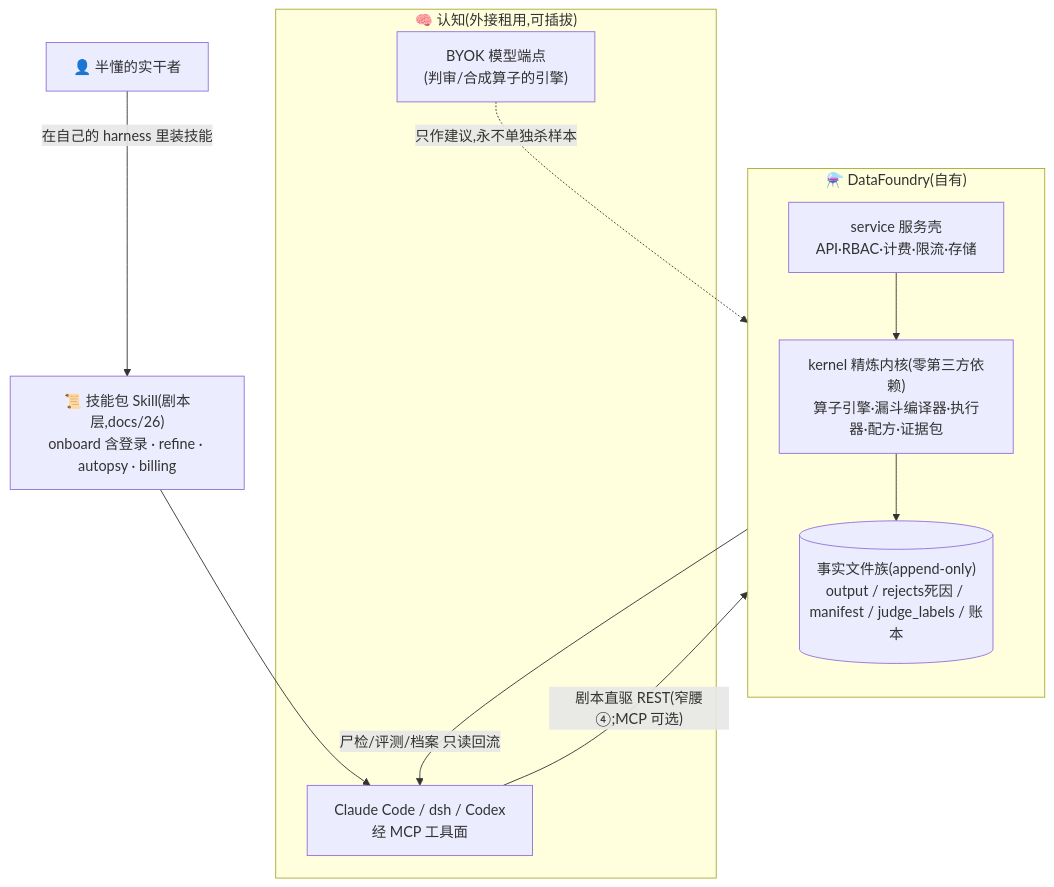
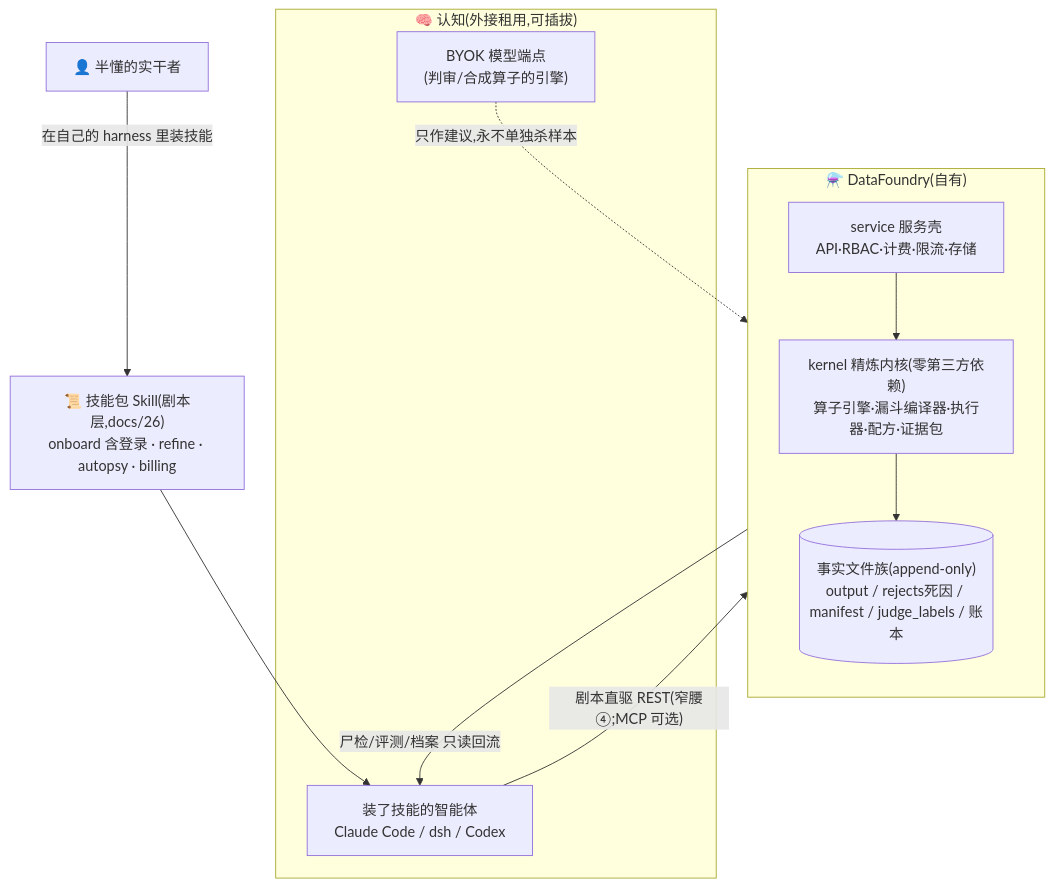
One commit to William2333ZZ/claude_repo changed the first of 2 diagrams in docs/25-架构总纲.md. Above: the diagram before and after it, drawn with Mermaid. The commit also changed other lines of this file and 9 other files, not shown here.

````diff
--- a/docs/25-架构总纲.md
+++ b/docs/25-架构总纲.md
@@ -11,20 +11,20 @@
 ```mermaid
 flowchart TB
     subgraph 认知层["🧠 认知(外接租用,可插拔)"]
-        A["Claude Code / dsh / Codex<br/>经 MCP 工具面"]
+        A["装了技能的智能体<br/>Claude Code / dsh / Codex"]
         B["BYOK 模型端点<br/>(判审/合成算子的引擎)"]
     end
     subgraph 平台["⚗️ DataFoundry(自有)"]
         direction TB
         S["service 服务壳<br/>API·RBAC·计费·限流·存储"]
         K["kernel 精炼内核(零第三方依赖)<br/>算子引擎·漏斗编译器·执行器·配方·证据包"]
         F[("事实文件族(append-only)<br/>output / rejects死因 / manifest / judge_labels / 账本")]
         S --> K --> F
     end
     SK["📜 技能包 Skill(剧本层,docs/26)<br/>onboard 含登录 · refine · autopsy · billing"]
     U["👤 半懂的实干者"] -- "在自己的 harness 里装技能" --> SK
     SK --> A
     A -- "剧本直驱 REST(窄腰④;MCP 可选)" --> S
     B -. 只作建议,永不单独杀样本 .-> K
     F -- "尸检/评测/档案 只读回流" --> A
 ```
````
